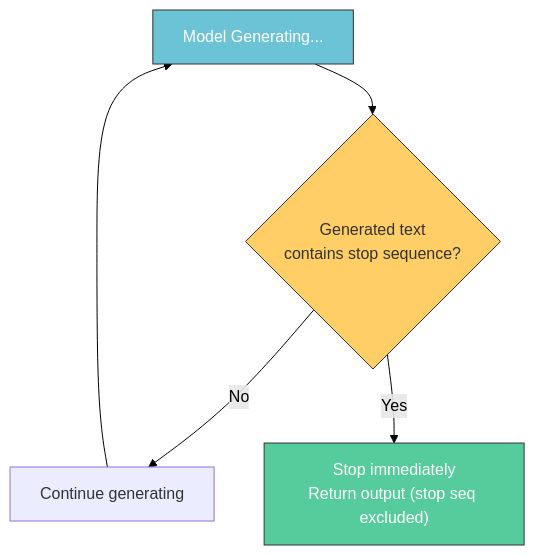
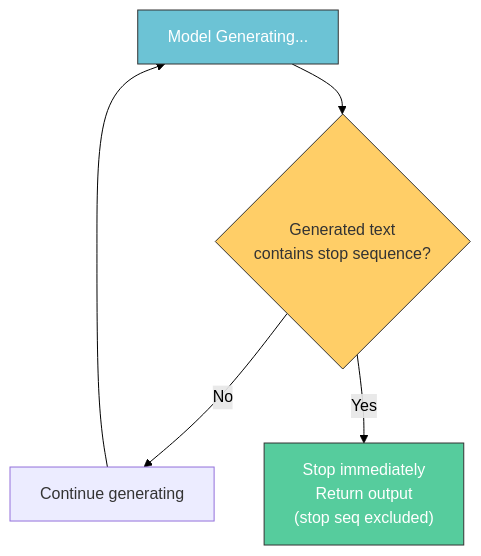
Before and after one commit to tanquangduong/tanquangduong.github.io: the ninth of 10 diagrams in posts/llm-interview/LLM-Interview-QA-3.qmd, drawn with Mermaid. The commit also changed other lines of this file and 10 other files, not shown here.

````diff
--- a/posts/llm-interview/LLM-Interview-QA-3.qmd
+++ b/posts/llm-interview/LLM-Interview-QA-3.qmd
@@ -640,13 +640,13 @@
 ```{mermaid}
 graph TD
     linkStyle default stroke:#000,color:#000
     GEN["Model Generating..."]
     GEN --> CHECK{"Generated text<br/>contains stop sequence?"}
     CHECK -->|"No"| CONT["Continue generating"]
     CONT --> GEN
-    CHECK -->|"Yes"| STOP["Stop immediately<br/>Return output (stop seq excluded)"]
+    CHECK -->|"Yes"| STOP["Stop immediately<br/>Return output<br/>(stop seq excluded)"]
 
     style GEN fill:#6cc3d5,stroke:#333,color:#fff
     style STOP fill:#56cc9d,stroke:#333,color:#fff
     style CHECK fill:#ffce67,stroke:#333
 ```
````
